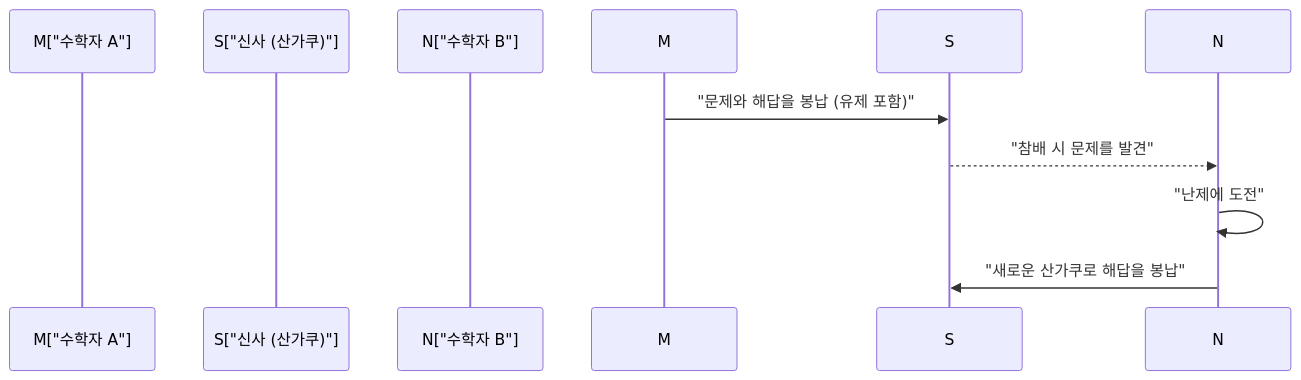
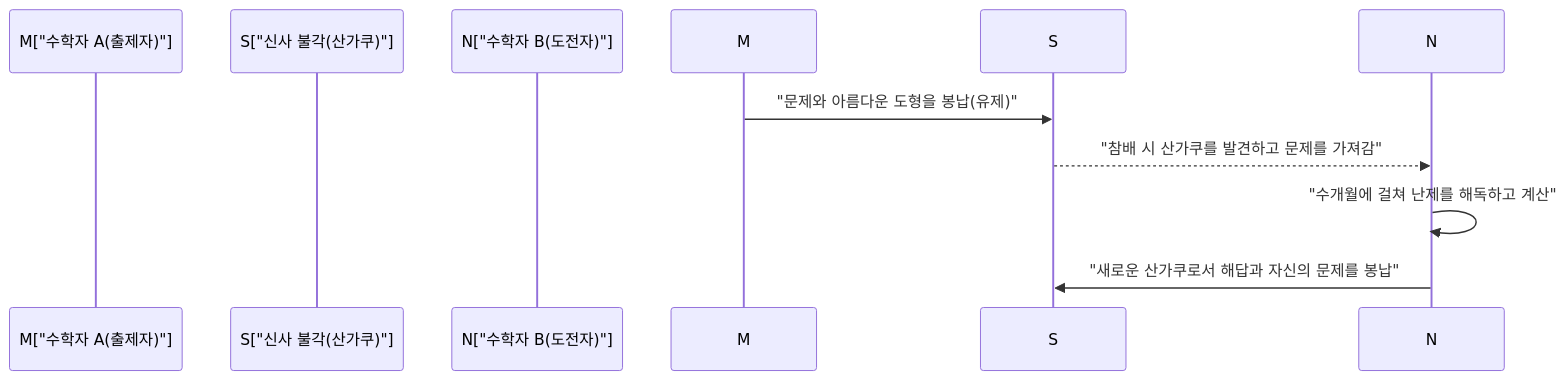
Before and after one commit to kenjinote/blog: the second of 2 diagrams in content/post/history-of-wasan-japanese-mathematics/index.ko.md, drawn with Mermaid. The commit also changed other lines of this file and 129 other files, not shown here.

````diff
--- a/content/post/history-of-wasan-japanese-mathematics/index.ko.md
+++ b/content/post/history-of-wasan-japanese-mathematics/index.ko.md
@@ -68,11 +70,11 @@
 ```mermaid
 sequenceDiagram
-    participant M["수학자 A"]
-    participant S["신사 (산가쿠)"]
-    participant N["수학자 B"]
+    participant M["수학자 A(출제자)"]
+    participant S["신사 불각(산가쿠)"]
+    participant N["수학자 B(도전자)"]
     
-    M->>S: "문제와 해답을 봉납 (유제 포함)"
-    S-->>N: "참배 시 문제를 발견"
-    N->>N: "난제에 도전"
-    N->>S: "새로운 산가쿠로 해답을 봉납"
+    M->>S: "문제와 아름다운 도형을 봉납(유제)"
+    S-->>N: "참배 시 산가쿠를 발견하고 문제를 가져감"
+    N->>N: "수개월에 걸쳐 난제를 해독하고 계산"
+    N->>S: "새로운 산가쿠로서 해답과 자신의 문제를 봉납"
 ```
````
